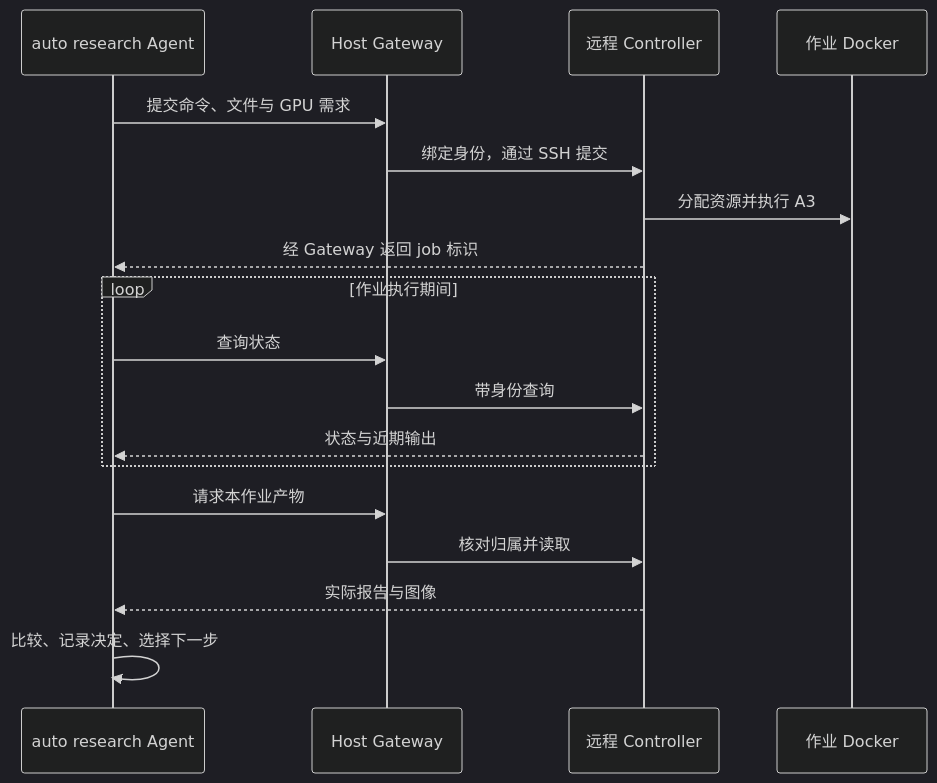
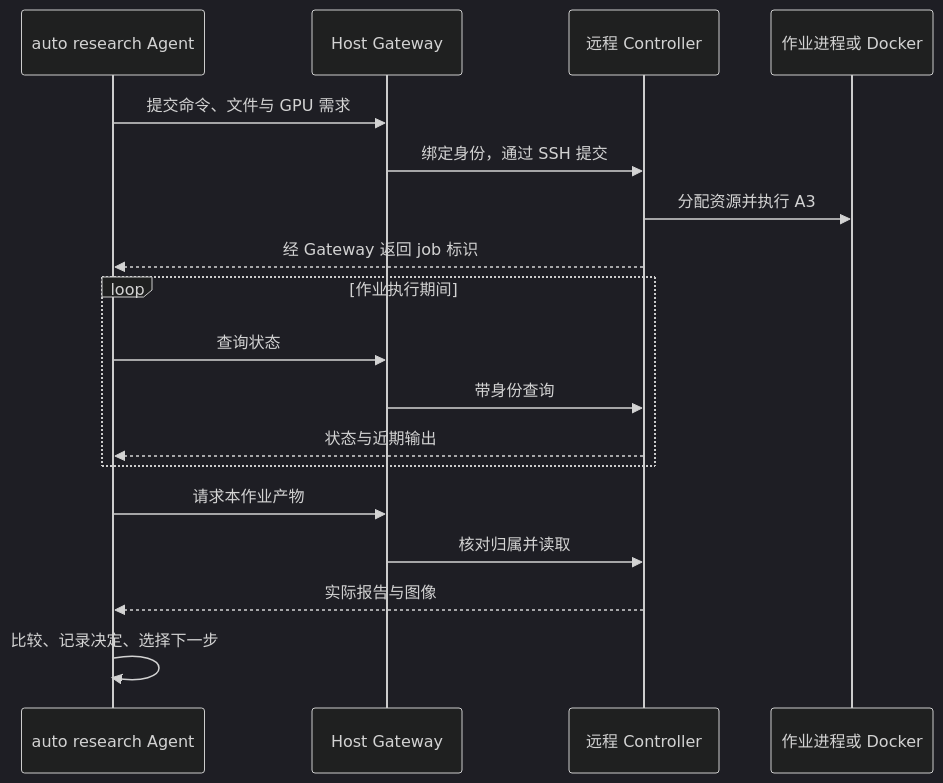
The third of 3 diagrams in docs/architecture.md (dove667/a3-autoresearch-agent), drawn with Mermaid (dark theme) before and after one commit. The commit also changed other lines of this file and 41 other files, not shown here.

````diff
--- a/docs/architecture.md
+++ b/docs/architecture.md
@@ -100,20 +100,20 @@
 ```mermaid
 sequenceDiagram
     participant A as auto research Agent
     participant G as Host Gateway
     participant C as 远程 Controller
-    participant D as 作业 Docker
+    participant D as 作业进程或 Docker
     A->>G: 提交命令、文件与 GPU 需求
     G->>C: 绑定身份，通过 SSH 提交
     C->>D: 分配资源并执行 A3
     C-->>A: 经 Gateway 返回 job 标识
     loop 作业执行期间
         A->>G: 查询状态
         G->>C: 带身份查询
         C-->>A: 状态与近期输出
     end
     A->>G: 请求本作业产物
     G->>C: 核对归属并读取
     C-->>A: 实际报告与图像
     A->>A: 比较、记录决定、选择下一步
 ```
````
